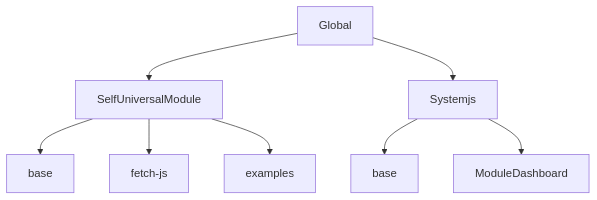
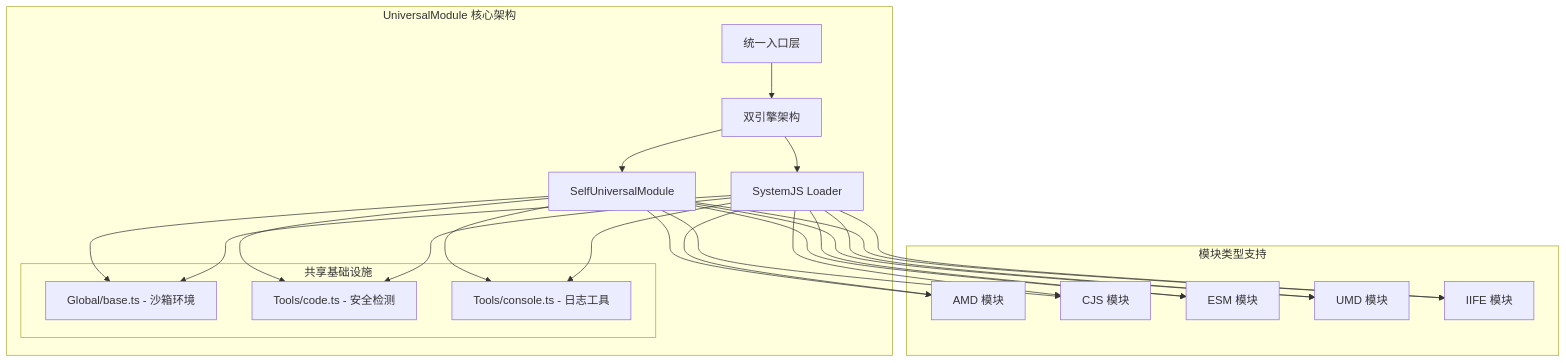
Before and after one commit to huang-1234/fucking-react: the diagram in libs/dom-proxy/src/UniversalModule/UniversalModule.md, drawn with Mermaid. The commit also changed other lines of this file, not shown here.

````diff
--- a/libs/dom-proxy/src/UniversalModule/UniversalModule.md
+++ b/libs/dom-proxy/src/UniversalModule/UniversalModule.md
@@ -9,10 +11,41 @@
 ```mermaid
-graph TD
-    A[Global] --> B[SelfUniversalModule]
-    A --> C[Systemjs]
-    B --> D[base]
-    B --> E[fetch-js]
-    B --> F[examples]
-    C --> G[base]
-    C --> H[ModuleDashboard]
+graph TB
+    subgraph "UniversalModule 核心架构"
+        A[统一入口层] --> B[双引擎架构]
+        B --> C[SelfUniversalModule]
+        B --> D[SystemJS Loader]
+
+        subgraph "共享基础设施"
+            E[Global/base.ts - 沙箱环境]
+            F[Tools/code.ts - 安全检测]
+            G[Tools/console.ts - 日志工具]
+        end
+
+        C --> E
+        C --> F
+        C --> G
+        D --> E
+        D --> F
+        D --> G
+    end
+
+    subgraph "模块类型支持"
+        H[AMD 模块]
+        I[CJS 模块]
+        J[ESM 模块]
+        K[UMD 模块]
+        L[IIFE 模块]
+    end
+
+    C --> H
+    C --> I
+    C --> J
+    C --> K
+    C --> L
+
+    D --> H
+    D --> I
+    D --> J
+    D --> K
+    D --> L
 ```
````
